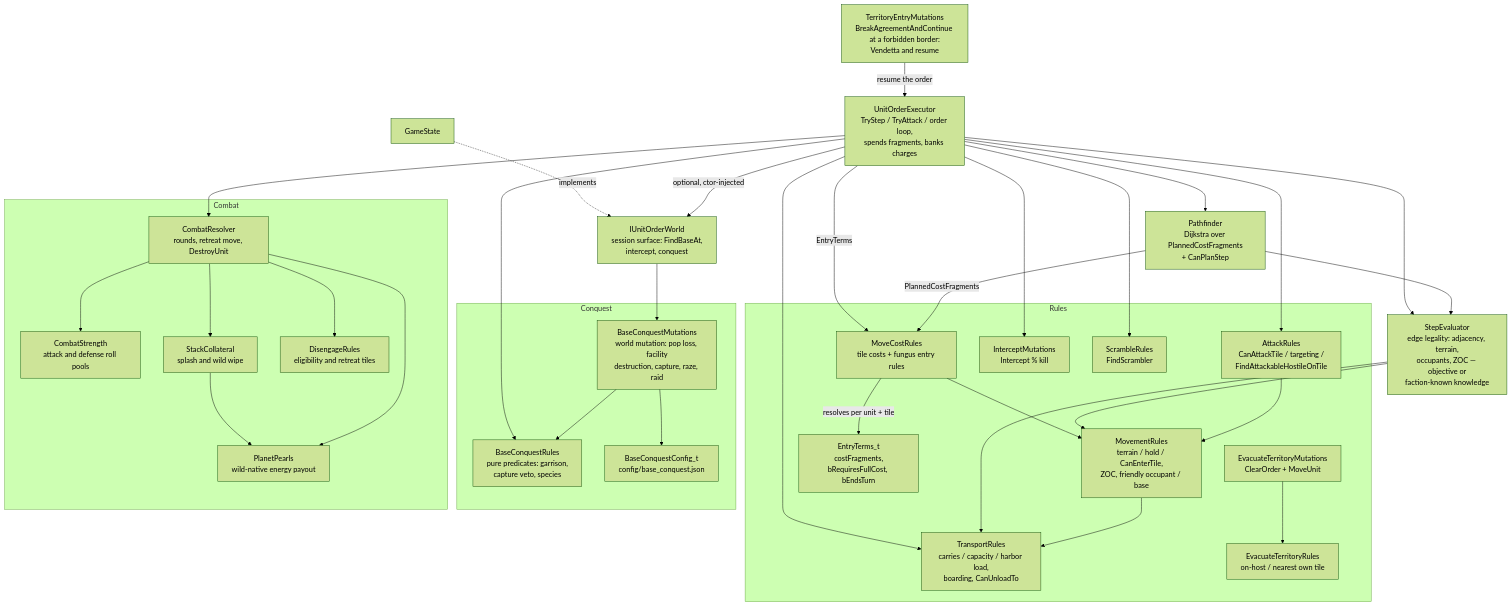
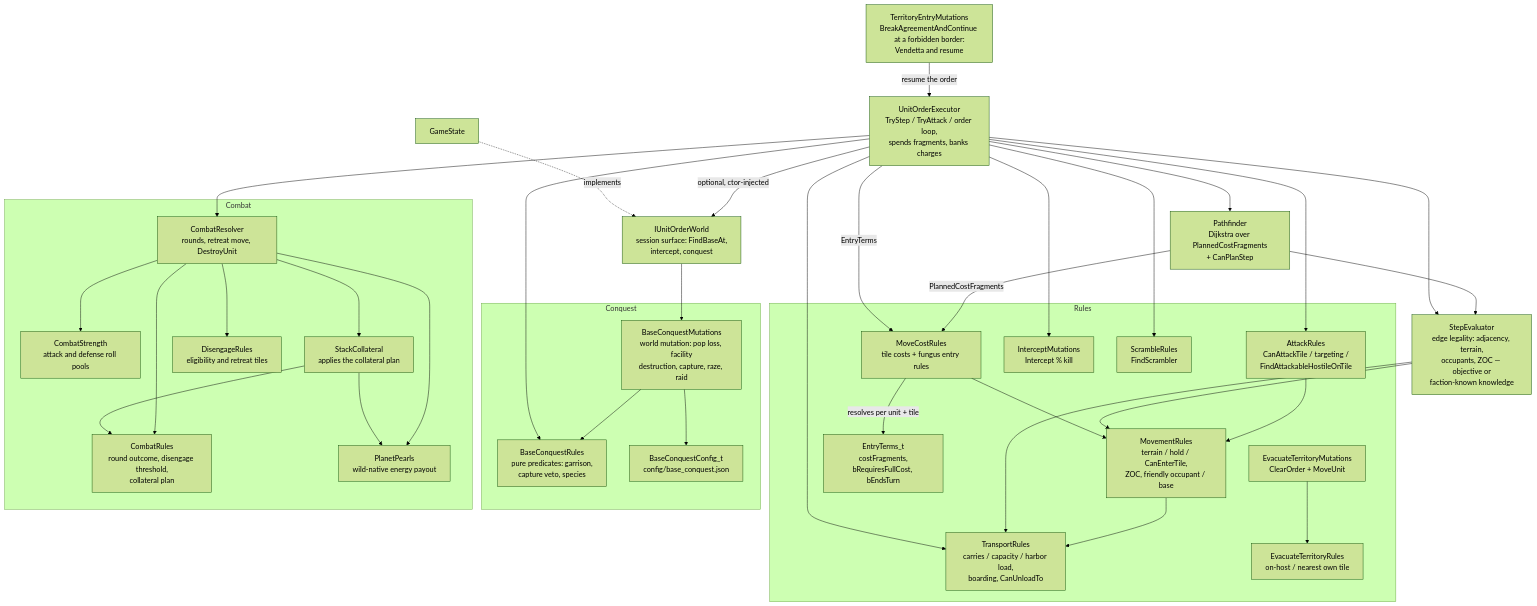
Before and after one commit to kilianloftis/alpha-centauri: the diagram in docs/architecture/unit-movement-system.md, drawn with Mermaid (forest theme). The commit also changed other lines of this file and 12 other files, not shown here.

First line of the commit message:
Combat rounds and collateral are decided by CombatRules

````diff
--- a/docs/architecture/unit-movement-system.md
+++ b/docs/architecture/unit-movement-system.md
@@ -9,65 +9,68 @@
 ```mermaid
 graph TD
     subgraph Rules
         MovementRules[MovementRules<br/>terrain / hold / CanEnterTile,<br/>ZOC, friendly occupant / base]
         TransportRules[TransportRules<br/>carries / capacity / harbor load,<br/>boarding, CanUnloadTo]
         MoveCostRules[MoveCostRules<br/>tile costs + fungus entry rules]
         EntryTerms[EntryTerms_t<br/>costFragments,<br/>bRequiresFullCost, bEndsTurn]
         MoveCostRules -->|resolves per unit + tile| EntryTerms
         MovementRules --> TransportRules
         AttackRules[AttackRules<br/>CanAttackTile / targeting /<br/>FindAttackableHostileOnTile]
         InterceptMutations[InterceptMutations<br/>Intercept % kill]
         ScrambleRules[ScrambleRules<br/>FindScrambler]
         AttackRules --> MovementRules
         EvacuateTerritoryRules[EvacuateTerritoryRules<br/>on-host / nearest own tile]
         EvacuateTerritoryMutations[EvacuateTerritoryMutations<br/>ClearOrder + MoveUnit]
         EvacuateTerritoryMutations --> EvacuateTerritoryRules
     end
 
     subgraph Conquest
         BaseConquestRules[BaseConquestRules<br/>pure predicates: garrison,<br/>capture veto, species]
         BaseConquestMutations[BaseConquestMutations<br/>world mutation: pop loss, facility<br/>destruction, capture, raze, raid]
         BaseConquestConfig[BaseConquestConfig_t<br/>config/base_conquest.json]
         BaseConquestMutations --> BaseConquestRules
         BaseConquestMutations --> BaseConquestConfig
     end
 
     subgraph Combat
         CombatStrength[CombatStrength<br/>attack and defense roll pools]
-        StackCollateral[StackCollateral<br/>splash and wild wipe]
+        CombatRules[CombatRules<br/>round outcome, disengage threshold,<br/>collateral plan]
+        StackCollateral[StackCollateral<br/>applies the collateral plan]
         PlanetPearls[PlanetPearls<br/>wild-native energy payout]
         DisengageRules[DisengageRules<br/>eligibility and retreat tiles]
         CombatResolver[CombatResolver<br/>rounds, retreat move, DestroyUnit]
         CombatResolver --> CombatStrength
+        CombatResolver --> CombatRules
+        StackCollateral --> CombatRules
         CombatResolver --> StackCollateral
         CombatResolver --> PlanetPearls
         StackCollateral --> PlanetPearls
         CombatResolver --> DisengageRules
     end
 
     StepEvaluator[StepEvaluator<br/>edge legality: adjacency, terrain,<br/>occupants, ZOC — objective or<br/>faction-known knowledge]
     Pathfinder[Pathfinder<br/>Dijkstra over PlannedCostFragments<br/>+ CanPlanStep]
     UnitOrderExecutor[UnitOrderExecutor<br/>TryStep / TryAttack / order loop,<br/>spends fragments, banks charges]
     UnitOrderExecutor --> AttackRules
     UnitOrderExecutor --> InterceptMutations
     UnitOrderExecutor --> ScrambleRules
     IUnitOrderWorld[IUnitOrderWorld<br/>session surface: FindBaseAt,<br/>intercept, conquest]
     GameState[GameState]
     TerritoryEntryMutations[TerritoryEntryMutations<br/>BreakAgreementAndContinue at a forbidden border:<br/>Vendetta and resume]
     TerritoryEntryMutations -->|resume the order| UnitOrderExecutor
 
     StepEvaluator --> MovementRules
     StepEvaluator --> TransportRules
     MoveCostRules --> MovementRules
     Pathfinder --> StepEvaluator
     Pathfinder -->|PlannedCostFragments| MoveCostRules
     UnitOrderExecutor -->|EntryTerms| MoveCostRules
     UnitOrderExecutor --> StepEvaluator
     UnitOrderExecutor --> Pathfinder
     UnitOrderExecutor --> TransportRules
     UnitOrderExecutor --> BaseConquestRules
     UnitOrderExecutor --> CombatResolver
     UnitOrderExecutor -->|optional, ctor-injected| IUnitOrderWorld
     GameState -.->|implements| IUnitOrderWorld
     IUnitOrderWorld --> BaseConquestMutations
 ```
````
